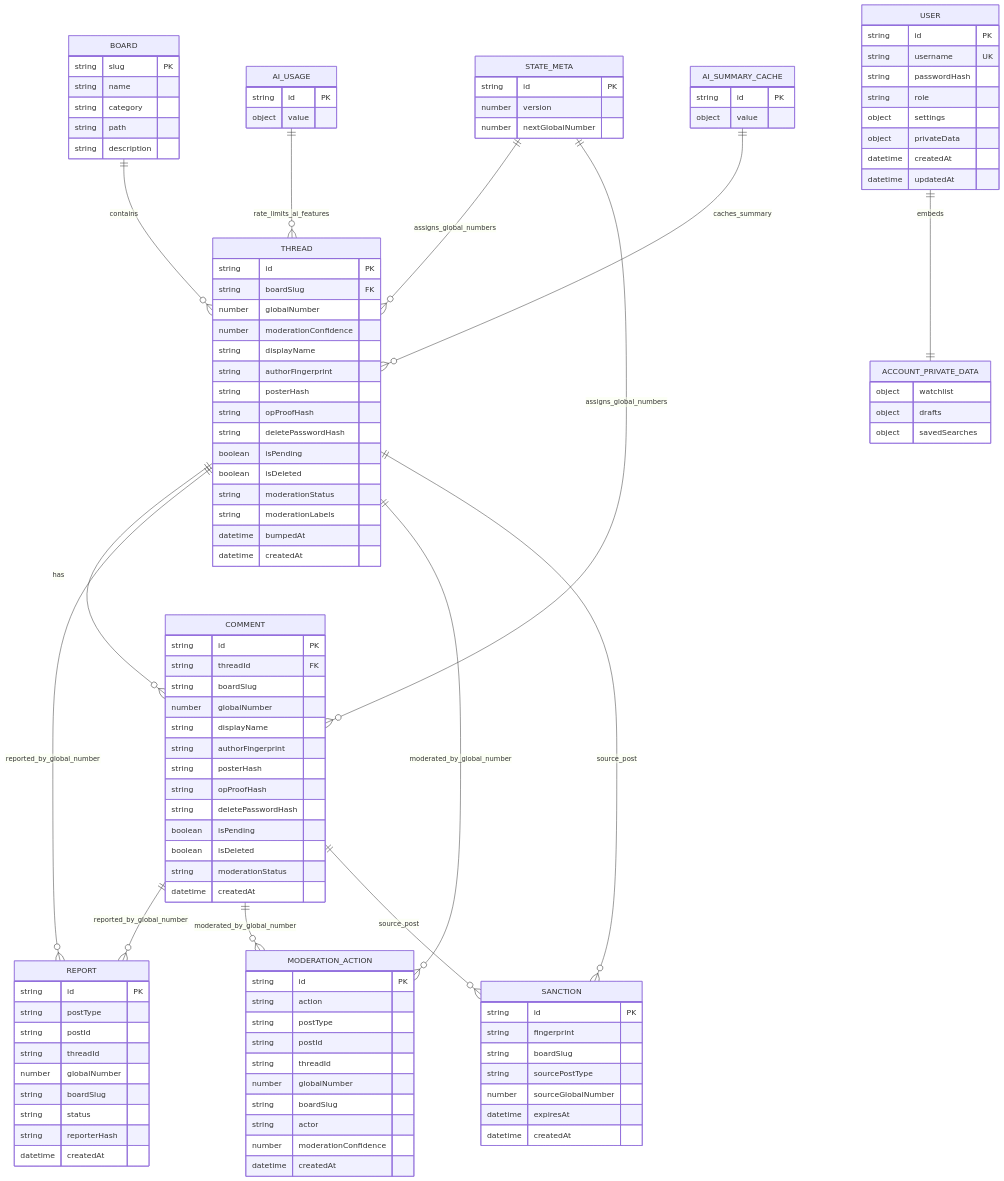
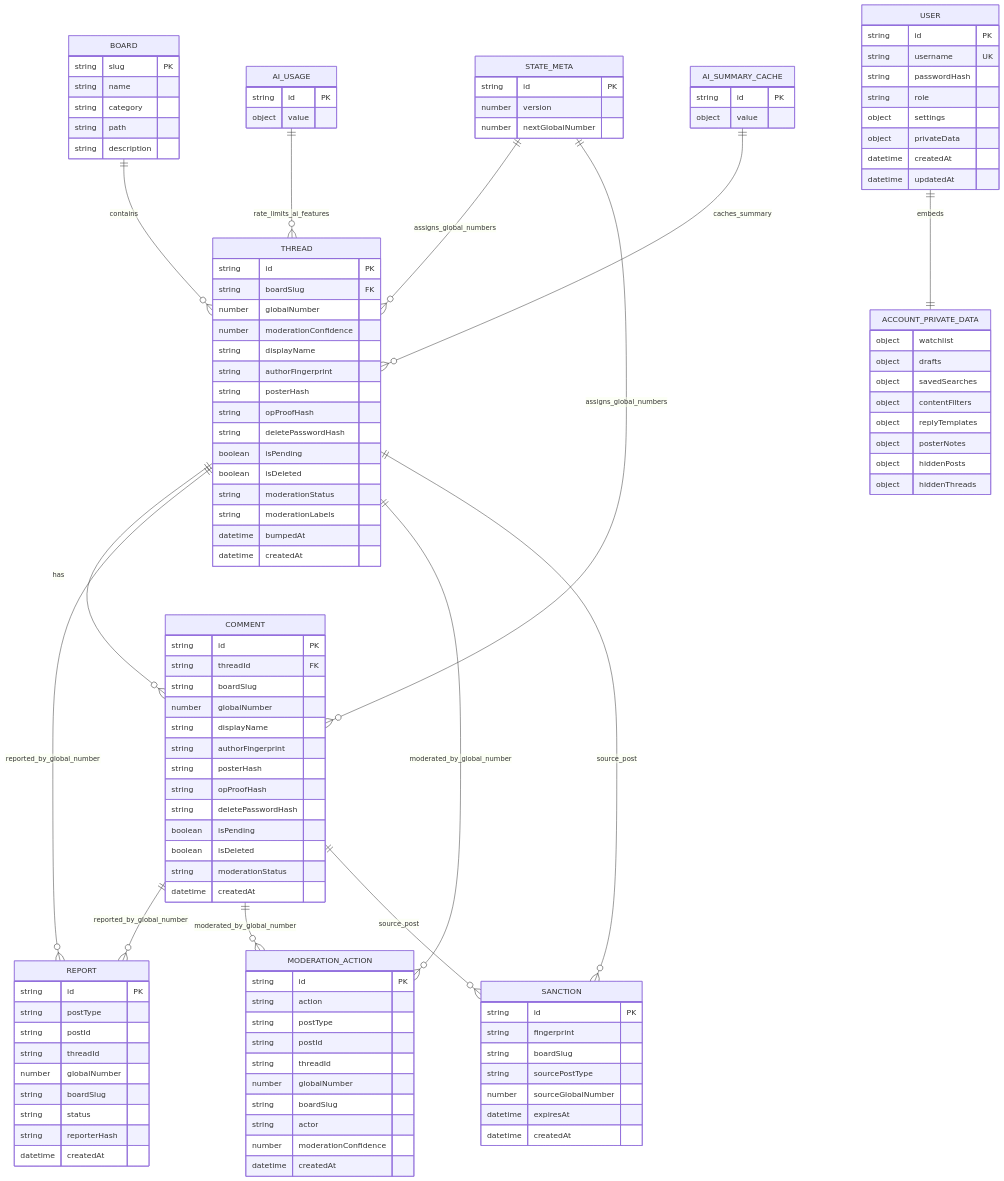
The first of 4 diagrams in README.md (HIepNgoc2006/web-forum), drawn with Mermaid before and after one commit. The commit also changed other lines of this file and 64 other files, not shown here.

```diff
--- a/README.md
+++ b/README.md
@@ -241,6 +241,11 @@
     object watchlist
     object drafts
     object savedSearches
+    object contentFilters
+    object replyTemplates
+    object posterNotes
+    object hiddenPosts
+    object hiddenThreads
   }
 
   REPORT {
```
